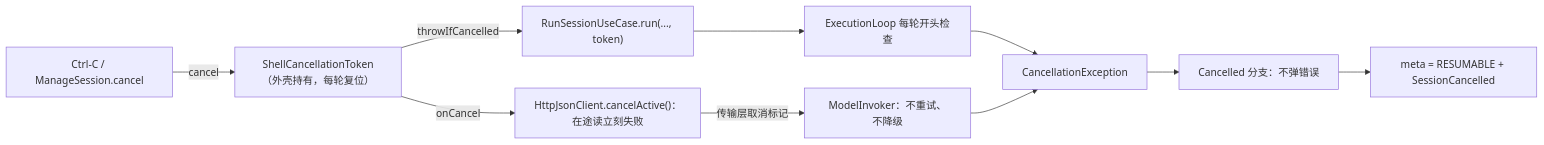
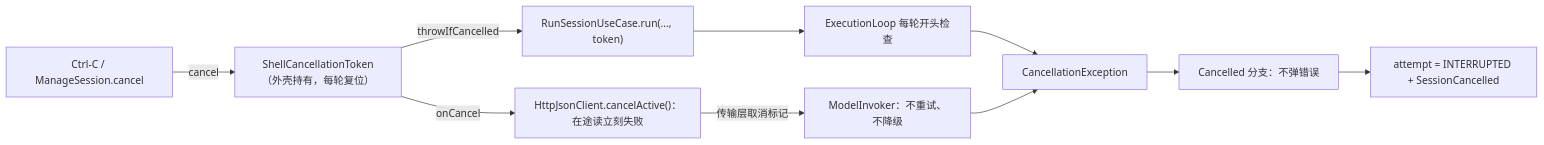
The eighth of 9 diagrams in model/模块-应用层.md (zcd0831/Jellyfish-Docs), drawn with Mermaid before and after one commit. The commit also changed other lines of this file and 12 other files, not shown here.

````diff
--- a/model/模块-应用层.md
+++ b/model/模块-应用层.md
@@ -440,12 +440,12 @@
 ```mermaid
 flowchart LR
     K["Ctrl-C / ManageSession.cancel"] -->|cancel| T["ShellCancellationToken（外壳持有，每轮复位）"]
     T -->|onCancel| H["HttpJsonClient.cancelActive()：在途读立刻失败"]
     T -->|throwIfCancelled| R["RunSessionUseCase.run(..., token)"]
     R --> E["ExecutionLoop 每轮开头检查"]
     E --> X["CancellationException"]
     H -->|传输层取消标记| M["ModelInvoker：不重试、不降级"]
     M --> X
     X --> C["Cancelled 分支：不弹错误"]
-    C --> S["meta = RESUMABLE + SessionCancelled"]
+    C --> S["attempt = INTERRUPTED + SessionCancelled"]
 ```
````
